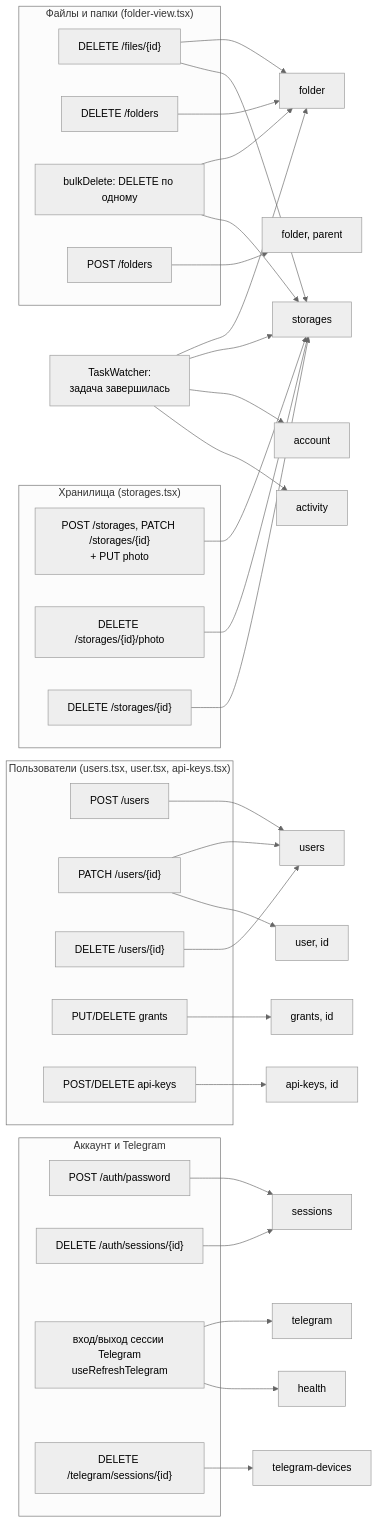
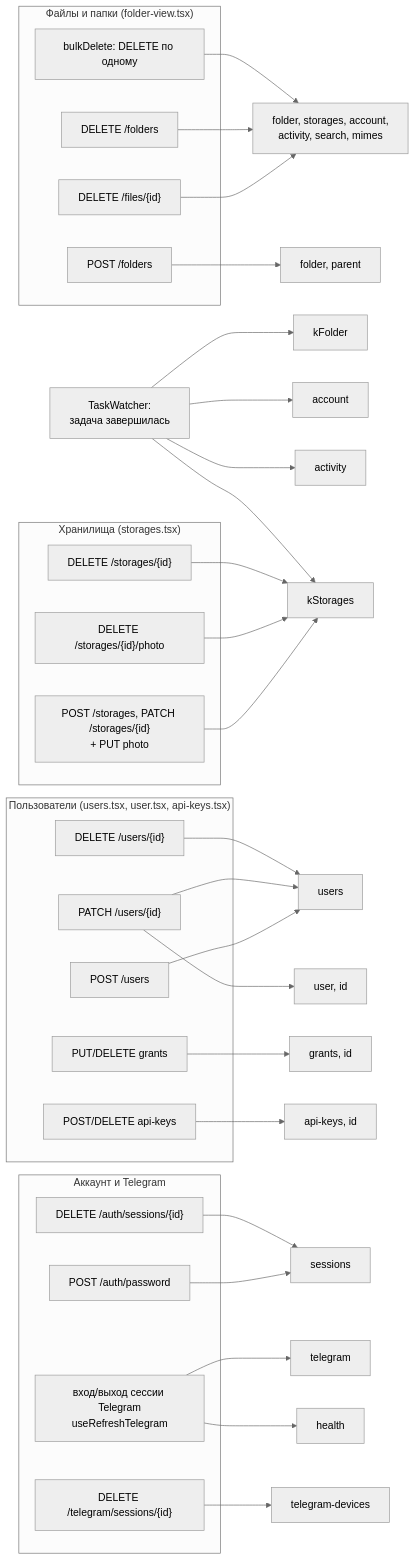
One commit to NikitkaZXC/tcloud-frontend changed the first of 5 diagrams in docs/data-flow.md. Above: the diagram before and after it, drawn with Mermaid (neutral theme). The commit also changed other lines of this file and 1 other file, not shown here.

Commit message:
fix: refresh storages, account, activity and search after deletes

````diff
--- a/docs/data-flow.md
+++ b/docs/data-flow.md
@@ -36,53 +36,49 @@
 ```mermaid
 flowchart LR
     subgraph files["Файлы и папки (folder-view.tsx)"]
         delFile["DELETE /files/{id}"]
         delFolder["DELETE /folders"]
         bulk["bulkDelete: DELETE по одному"]
         mkdir["POST /folders"]
     end
     subgraph st["Хранилища (storages.tsx)"]
         stSave["POST /storages, PATCH /storages/{id}<br/>+ PUT photo"]
         stPhoto["DELETE /storages/{id}/photo"]
         stDel["DELETE /storages/{id}"]
     end
     subgraph adm["Пользователи (users.tsx, user.tsx, api-keys.tsx)"]
         uCreate["POST /users"]
         uPatch["PATCH /users/{id}"]
         uDel["DELETE /users/{id}"]
         grant["PUT/DELETE grants"]
         key["POST/DELETE api-keys"]
     end
     subgraph acc["Аккаунт и Telegram"]
         pwd["POST /auth/password"]
         sess["DELETE /auth/sessions/{id}"]
         tgStep["вход/выход сессии Telegram<br/>useRefreshTelegram"]
         dev["DELETE /telegram/sessions/{id}"]
     end
     watcher["TaskWatcher:<br/>задача завершилась"]
 
-    delFile --> kFolder["folder"]
-    delFile --> kStorages["storages"]
-    delFolder --> kFolder
-    bulk --> kFolder
-    bulk --> kStorages
+    delFile & delFolder & bulk --> kDeleted["folder, storages, account,<br/>activity, search, mimes"]
     mkdir --> kFolderP["folder, parent"]
     stSave --> kStorages
     stPhoto --> kStorages
     stDel --> kStorages
     uCreate --> kUsers["users"]
     uPatch --> kUsers
     uPatch --> kUser["user, id"]
     uDel --> kUsers
     grant --> kGrants["grants, id"]
     key --> kKeys["api-keys, id"]
     pwd --> kSessions["sessions"]
     sess --> kSessions
     tgStep --> kTelegram["telegram"]
     tgStep --> kHealth["health"]
     dev --> kDevices["telegram-devices"]
     watcher --> kFolder
     watcher --> kStorages
     watcher --> kAccount["account"]
     watcher --> kActivity["activity"]
 ```
````
